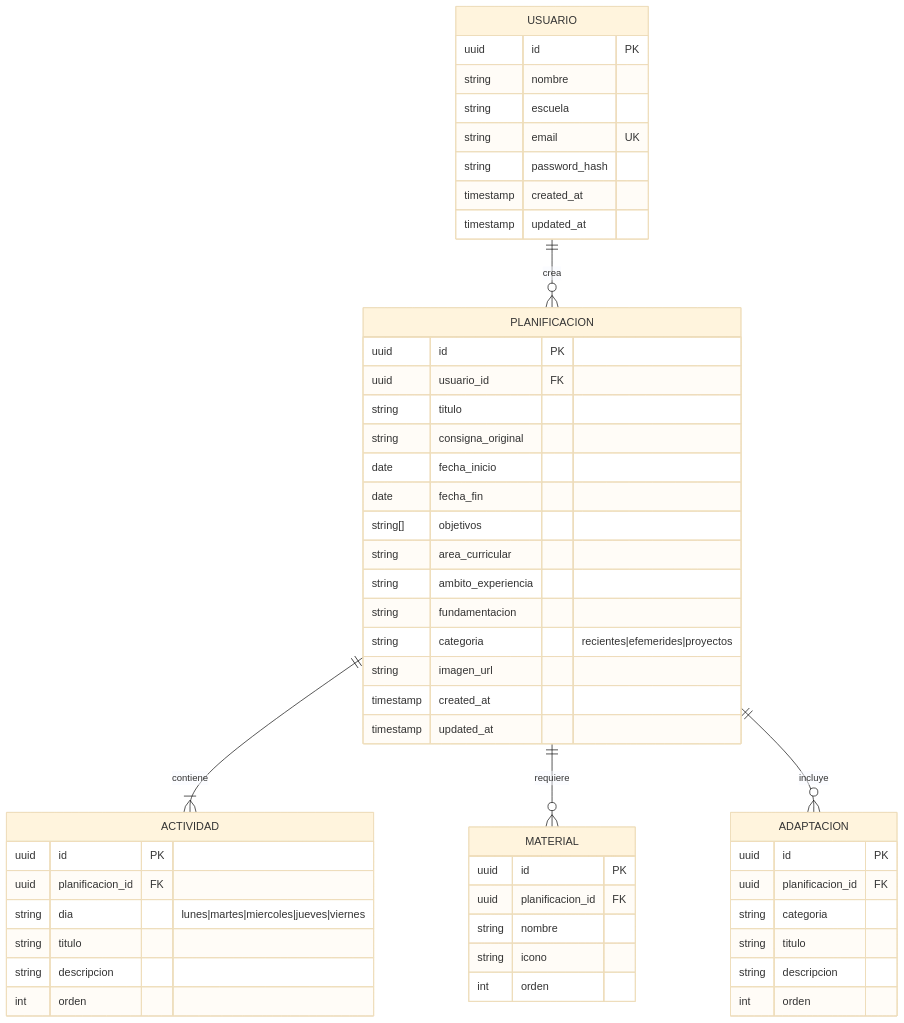
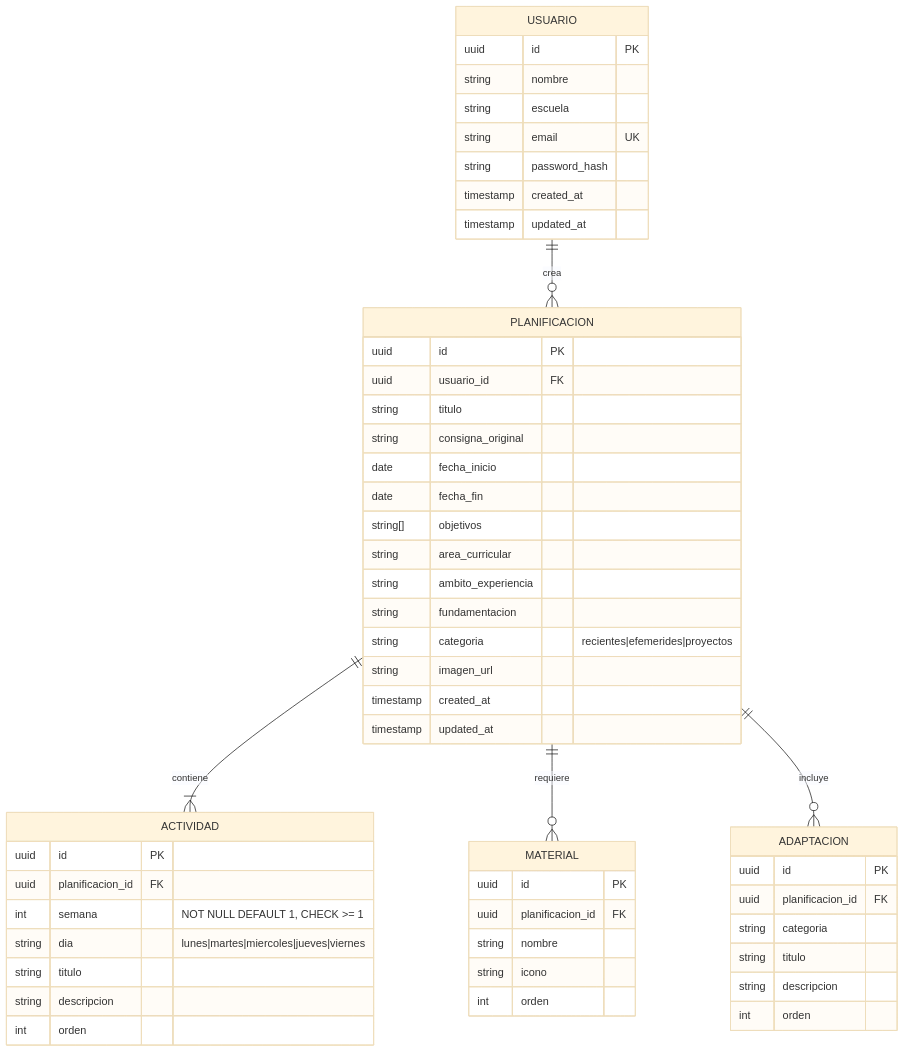
The fourth of 4 diagrams in .kiro/specs/edu-planner/design.md (AgusRey04/AWS-y-Kiro-Hackathon), drawn with Mermaid (base theme) before and after one commit. The commit also changed other lines of this file and 19 other files, not shown here.

````diff
--- a/.kiro/specs/edu-planner/design.md
+++ b/.kiro/specs/edu-planner/design.md
@@ -234,60 +236,61 @@
 ```mermaid
 erDiagram
     USUARIO {
         uuid id PK
         string nombre
         string escuela
         string email UK
         string password_hash
         timestamp created_at
         timestamp updated_at
     }
 
     PLANIFICACION {
         uuid id PK
         uuid usuario_id FK
         string titulo
         string consigna_original
         date fecha_inicio
         date fecha_fin
         string[] objetivos
         string area_curricular
         string ambito_experiencia
         string fundamentacion
         string categoria "recientes|efemerides|proyectos"
         string imagen_url
         timestamp created_at
         timestamp updated_at
     }
 
     ACTIVIDAD {
         uuid id PK
         uuid planificacion_id FK
+        int semana "NOT NULL DEFAULT 1, CHECK >= 1"
         string dia "lunes|martes|miercoles|jueves|viernes"
         string titulo
         string descripcion
         int orden
     }
 
     MATERIAL {
         uuid id PK
         uuid planificacion_id FK
         string nombre
         string icono
         int orden
     }
 
     ADAPTACION {
         uuid id PK
         uuid planificacion_id FK
         string categoria
         string titulo
         string descripcion
         int orden
     }
 
     USUARIO ||--o{ PLANIFICACION : "crea"
     PLANIFICACION ||--|{ ACTIVIDAD : "contiene"
     PLANIFICACION ||--o{ MATERIAL : "requiere"
     PLANIFICACION ||--o{ ADAPTACION : "incluye"
 ```
````
